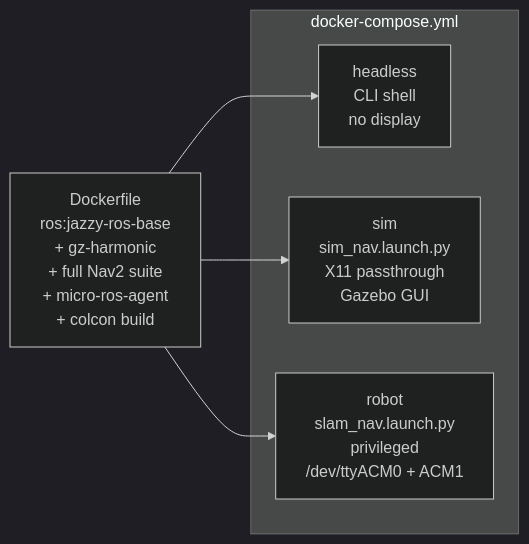
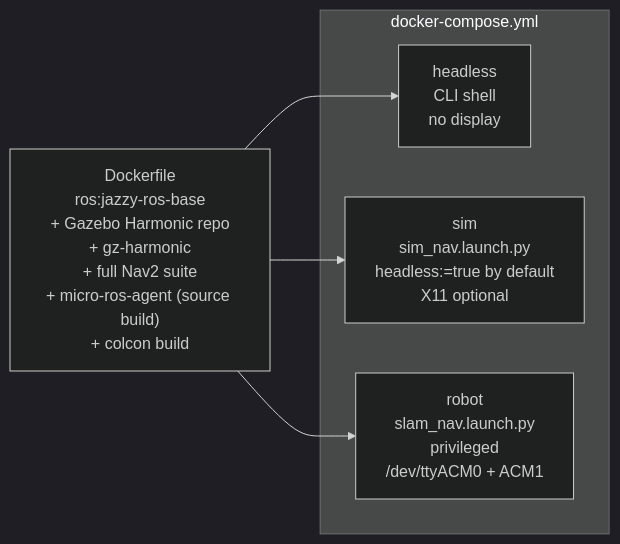
One commit to Aimene-D/burgerbot changed the eighth of 8 diagrams in ros2_ws/src/burgerbot/ARCHITECTURE.md. Above: the diagram before and after it, drawn with Mermaid (dark theme). The commit also changed other lines of this file and 1 other file, not shown here.

First line of the commit message:
docs: update README and ARCHITECTURE for Ubuntu, Docker fixes, and Jazzy compatibility

````diff
--- a/ros2_ws/src/burgerbot/ARCHITECTURE.md
+++ b/ros2_ws/src/burgerbot/ARCHITECTURE.md
@@ -237,14 +267,14 @@
 ```mermaid
 flowchart LR
     subgraph DC["docker-compose.yml"]
         H["headless\nCLI shell\nno display"]
-        S["sim\nsim_nav.launch.py\nX11 passthrough\nGazebo GUI"]
+        S["sim\nsim_nav.launch.py\nheadless:=true by default\nX11 optional"]
         R["robot\nslam_nav.launch.py\nprivileged\n/dev/ttyACM0 + ACM1"]
     end
 
-    IMG["Dockerfile\nros:jazzy-ros-base\n+ gz-harmonic\n+ full Nav2 suite\n+ micro-ros-agent\n+ colcon build"]
+    IMG["Dockerfile\nros:jazzy-ros-base\n+ Gazebo Harmonic repo\n+ gz-harmonic\n+ full Nav2 suite\n+ micro-ros-agent (source build)\n+ colcon build"]
 
     IMG --> H
     IMG --> S
     IMG --> R
 ```
````
